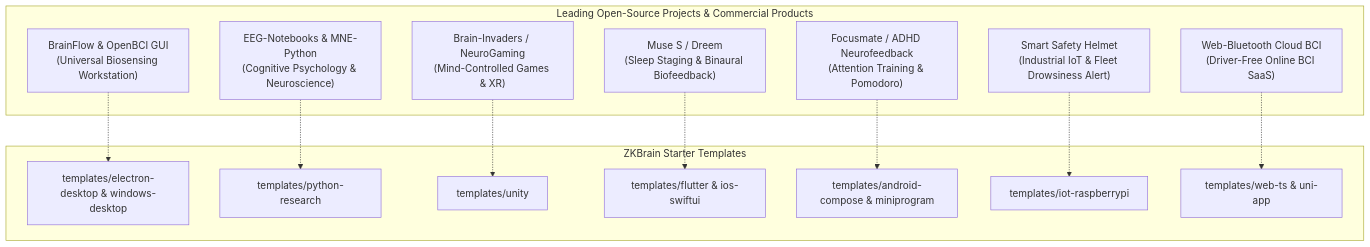
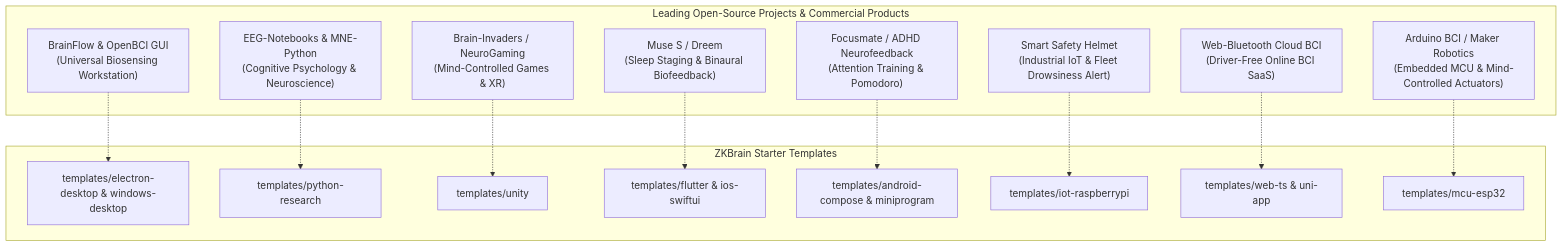
The second of 2 diagrams in README_EN.md (zkteco-xteam/zkbrain-starter), drawn with Mermaid before and after one commit. The commit also changed other lines of this file and 16 other files, not shown here.

Commit message:
feat: add ESP32 embedded BCI starter, pure English skill docs, and expand to 15 platforms

````diff
--- a/README_EN.md
+++ b/README_EN.md
@@ -108,30 +108,33 @@
 ```mermaid
 flowchart TD
     subgraph GitHubTopProjects["Leading Open-Source Projects & Commercial Products"]
         P1["BrainFlow & OpenBCI GUI<br/>(Universal Biosensing Workstation)"]
         P2["EEG-Notebooks & MNE-Python<br/>(Cognitive Psychology & Neuroscience)"]
         P3["Brain-Invaders / NeuroGaming<br/>(Mind-Controlled Games & XR)"]
         P4["Muse S / Dreem<br/>(Sleep Staging & Binaural Biofeedback)"]
         P5["Focusmate / ADHD Neurofeedback<br/>(Attention Training & Pomodoro)"]
         P6["Smart Safety Helmet<br/>(Industrial IoT & Fleet Drowsiness Alert)"]
         P7["Web-Bluetooth Cloud BCI<br/>(Driver-Free Online BCI SaaS)"]
+        P8["Arduino BCI / Maker Robotics<br/>(Embedded MCU & Mind-Controlled Actuators)"]
     end
 
     subgraph ZKBrainTemplates["ZKBrain Starter Templates"]
         T1["templates/electron-desktop & windows-desktop"]
         T2["templates/python-research"]
         T3["templates/unity"]
         T4["templates/flutter & ios-swiftui"]
         T5["templates/android-compose & miniprogram"]
         T6["templates/iot-raspberrypi"]
         T7["templates/web-ts & uni-app"]
+        T8["templates/mcu-esp32"]
     end
 
     P1 -.-> T1
     P2 -.-> T2
     P3 -.-> T3
     P4 -.-> T4
     P5 -.-> T5
     P6 -.-> T6
     P7 -.-> T7
+    P8 -.-> T8
 ```
````
